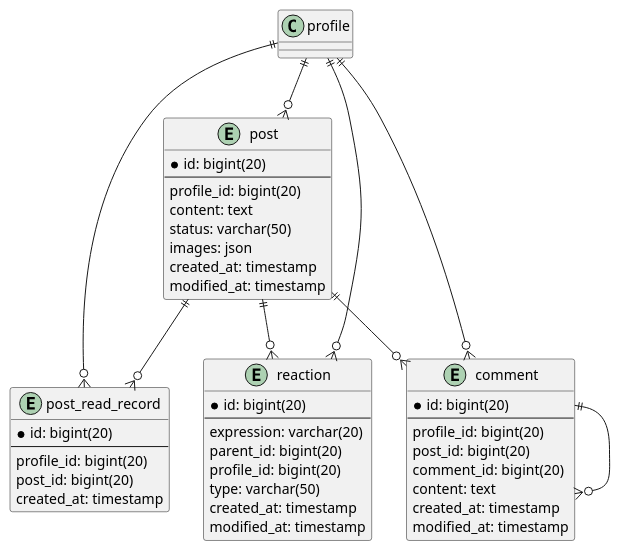
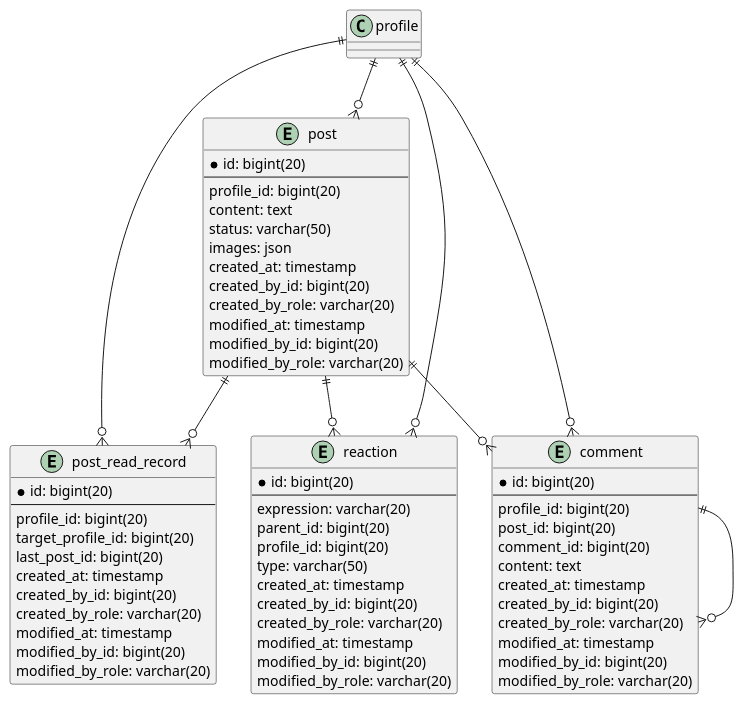
The diagram in entity/feed.puml (sweav-org/sweav-uml), drawn with PlantUML before and after one commit. The commit also changed 3 other files, not shown here.

Commit message:
피드 ERD 및 클래스 다이어그램 수정

```diff
--- a/entity/feed.puml
+++ b/entity/feed.puml
@@ -1,53 +1,71 @@
 @startuml
 
 entity post {
   *id: bigint(20)
   ---
   profile_id: bigint(20)
   content: text
   status: varchar(50)
   images: json
   created_at: timestamp
+  created_by_id: bigint(20)
+  created_by_role: varchar(20)
   modified_at: timestamp
+  modified_by_id: bigint(20)
+  modified_by_role: varchar(20)
 }
 
 entity post_read_record {
   *id: bigint(20)
   ---
   profile_id: bigint(20)
-  post_id: bigint(20)
+  target_profile_id: bigint(20)
+  last_post_id: bigint(20)
   created_at: timestamp
+  created_by_id: bigint(20)
+  created_by_role: varchar(20)
+  modified_at: timestamp
+  modified_by_id: bigint(20)
+  modified_by_role: varchar(20)
 }
 
 entity reaction {
   *id: bigint(20)
   ---
   expression: varchar(20)
   parent_id: bigint(20)
   profile_id: bigint(20)
   type: varchar(50)
   created_at: timestamp
+  created_by_id: bigint(20)
+  created_by_role: varchar(20)
   modified_at: timestamp
+  modified_by_id: bigint(20)
+  modified_by_role: varchar(20)
 }
 
 entity comment {
   *id: bigint(20)
   ---
   profile_id: bigint(20)
   post_id: bigint(20)
   comment_id: bigint(20)
   content: text
   created_at: timestamp
+  created_by_id: bigint(20)
+  created_by_role: varchar(20)
   modified_at: timestamp
+  modified_by_id: bigint(20)
+  modified_by_role: varchar(20)
 }
 
 profile ||--o{ post
 profile ||--o{ reaction
 profile ||--o{ comment
 post ||--o{ comment
 post ||--o{ reaction
 profile ||--o{ post_read_record
 post ||--o{ post_read_record
 comment ||--o{ comment
 
 @enduml
```
